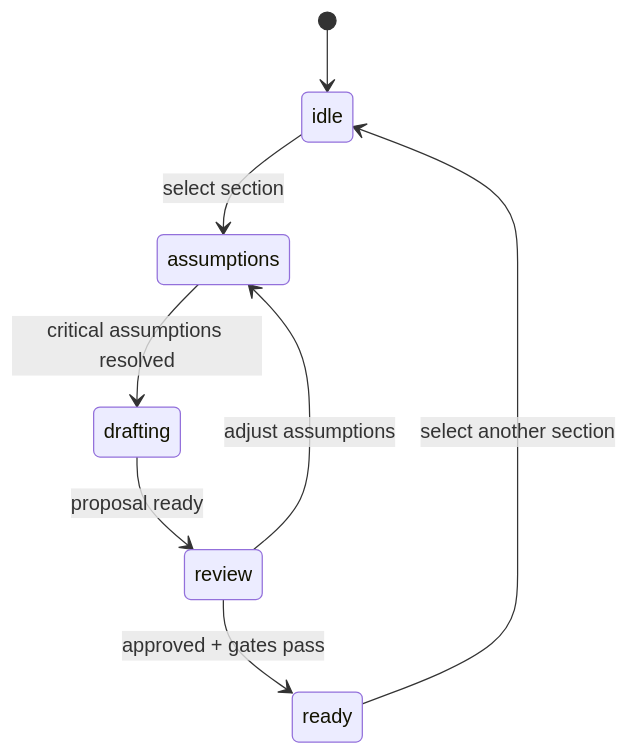
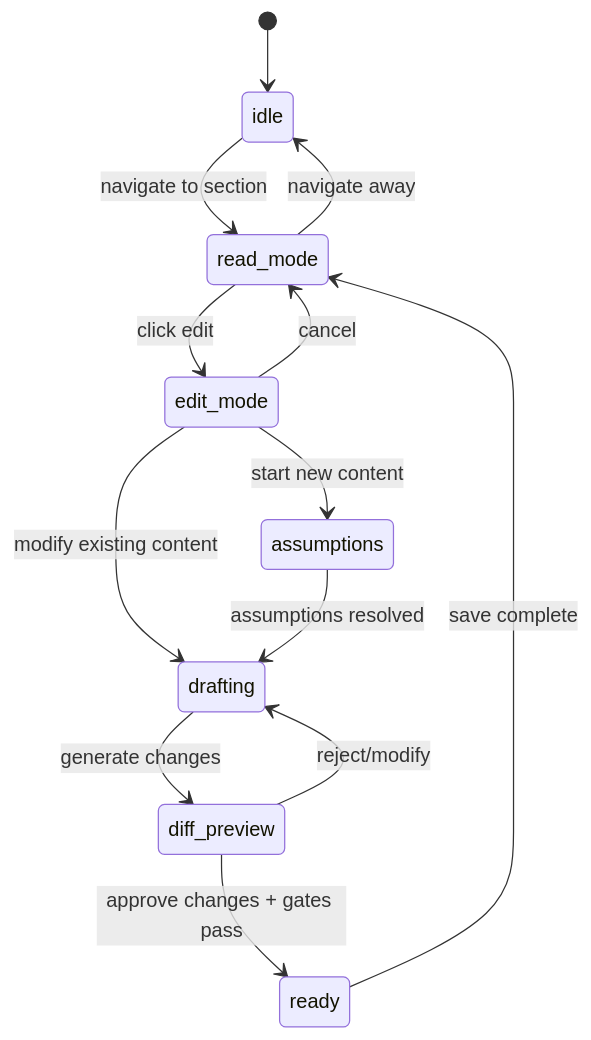
One commit to danwashusen/ctrl-freaq changed the second of 6 diagrams in docs/architecture.md. Above: the diagram before and after it, drawn with Mermaid. The commit also changed other lines of this file and 2 other files, not shown here.

````diff
--- a/docs/architecture.md
+++ b/docs/architecture.md
@@ -567,10 +575,15 @@
 ```mermaid
 stateDiagram-v2
   [*] --> idle
-  idle --> assumptions: select section
-  assumptions --> drafting: critical assumptions resolved
-  drafting --> review: proposal ready
-  review --> ready: approved + gates pass
-  review --> assumptions: adjust assumptions
-  ready --> idle: select another section
+  idle --> read_mode: navigate to section
+  read_mode --> edit_mode: click edit
+  edit_mode --> assumptions: start new content
+  edit_mode --> drafting: modify existing content
+  assumptions --> drafting: assumptions resolved
+  drafting --> diff_preview: generate changes
+  diff_preview --> ready: approve changes + gates pass
+  diff_preview --> drafting: reject/modify
+  ready --> read_mode: save complete
+  read_mode --> idle: navigate away
+  edit_mode --> read_mode: cancel
 ```
````
